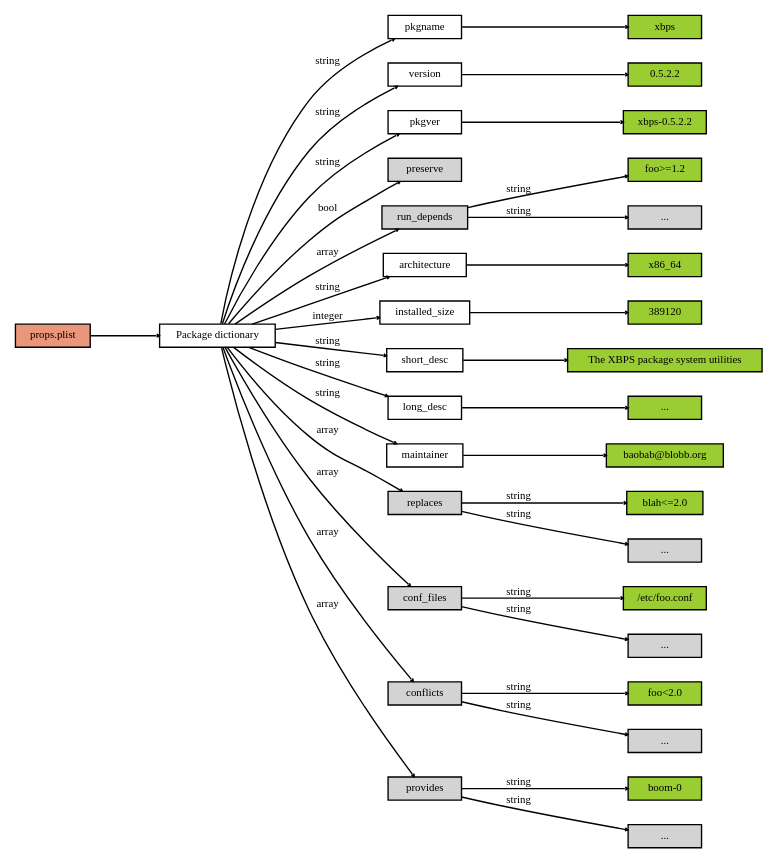
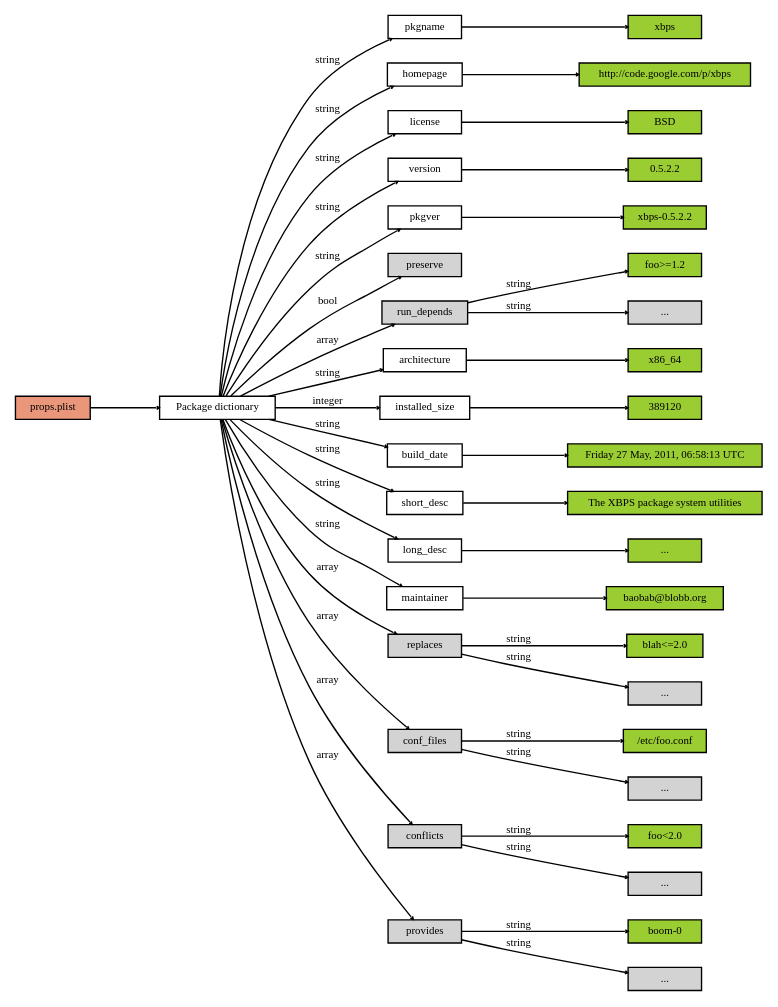
One commit to void-linux/xbps changed the diagram in doc/xbps_pkg_props_dictionary.dot. Above: the diagram before and after it, drawn with Graphviz.

Commit message:
xbps_pkg_props_dictionary.dot: update for homepage, license and build_date objs.

```diff
--- a/doc/xbps_pkg_props_dictionary.dot
+++ b/doc/xbps_pkg_props_dictionary.dot
@@ -1,65 +1,75 @@
 digraph pkg_props_dictionary {
 	graph [rankdir=LR,ranksep="0.7"];
 	edge [arrowhead="vee",arrowsize="0.2",fontname="DejaVuSansCondensed",fontsize="8"];
 	node [height=".1",shape=box,fontname="DejaVuSansCondensed",fontsize="8"];
 	props_plist -> main;
 	props_plist [style=filled,fillcolor="darksalmon",label="props.plist"];
 	main [label="Package dictionary"];
 	main -> pkgname [label="string"];
 	pkgname -> pkgname_value;
 	pkgname_value [style=filled,fillcolor="yellowgreen",label="xbps"];
+	main -> homepage [label="string"];
+	homepage -> homepage_value;
+	homepage_value [style=filled,fillcolor="yellowgreen",label="http://code.google.com/p/xbps"];
+	main -> license [label="string"];
+	license -> license_value;
+	license_value [style=filled,fillcolor="yellowgreen",label="BSD"];
 	main -> version [label="string"];
 	version -> version_value;
 	version_value [style=filled,fillcolor="yellowgreen",label="0.5.2.2"];
 	main -> pkgver [label="string"];
 	pkgver -> pkgver_value;
 	pkgver_value [style=filled,fillcolor="yellowgreen",label="xbps-0.5.2.2"];
 	main -> preserve [style=filled,label="bool"];
 	preserve [style=filled];
 	main -> run_depends [label="array"];
 	run_depends [style=filled];
 	run_depends -> rundep1_string [label="string"];
 	run_depends -> rundep2_string [label="string"];
 	rundep1_string [style=filled,fillcolor="yellowgreen",label="foo>=1.2"];
 	rundep2_string [style=filled,label="..."];
 	main -> architecture [label="string"];
 	architecture -> arch_value;
 	arch_value [style=filled,fillcolor="yellowgreen",label="x86_64"];
 	main -> instsize [label="integer"];
 	instsize -> instsize_value;
 	instsize_value [style=filled,fillcolor="yellowgreen",label="389120"];
 	instsize [label="installed_size"];
+	main -> builddate [label="string"];
+	builddate [label="build_date"];
+	builddate -> builddate_value;
+	builddate_value [style=filled,fillcolor="yellowgreen",label="Friday 27 May, 2011, 06:58:13 UTC"];
 	main -> short_desc [label="string"]
 	short_desc -> shortdesc_val;
 	shortdesc_val [style=filled,fillcolor="yellowgreen",label="The XBPS package system utilities"];
 	main -> long_desc [label="string"];
 	long_desc -> longdesc_val;
 	longdesc_val [style=filled,fillcolor="yellowgreen",label="..."];
 	main -> maintainer [label="string"];
 	maintainer -> maintainer_val;
 	maintainer_val [style=filled,fillcolor="yellowgreen",label="baobab@blobb.org"];
 	main -> replaces [label="array"];
 	replaces [style=filled];
 	replaces -> replace1_string [label="string"];
 	replaces -> replace2_string [label="string"];
 	replace1_string [style=filled,fillcolor="yellowgreen",label="blah<=2.0"];
 	replace2_string [style=filled,label="..."];
 	main -> conf_files [label="array"];
 	conf_files [style=filled];
 	conf_files -> cffile1 [style=filled,label="string"];
 	conf_files -> cffile2 [style=filled,label="string"];
 	cffile1 [style=filled,fillcolor="yellowgreen",label="/etc/foo.conf"];
 	cffile2 [style=filled,label="..."];
 	main -> conflicts [label="array"];
 	conflicts [style=filled];
 	conflicts -> conflict1 [style=filled,label="string"];
 	conflicts -> conflict2 [style=filled,label="string"];
 	conflict1 [style=filled,fillcolor="yellowgreen",label="foo<2.0"];
 	conflict2 [style=filled,label="..."];
 	main -> provides [label="array"];
 	provides [style=filled];
 	provides -> provides1 [style=filled,label="string"];
 	provides -> provides2 [style=filled,label="string"];
 	provides1 [style=filled,fillcolor="yellowgreen",label="boom-0"];
 	provides2 [style=filled,label="..."];
 }
```
